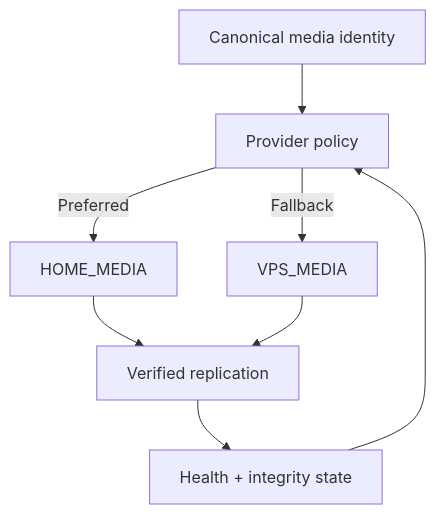
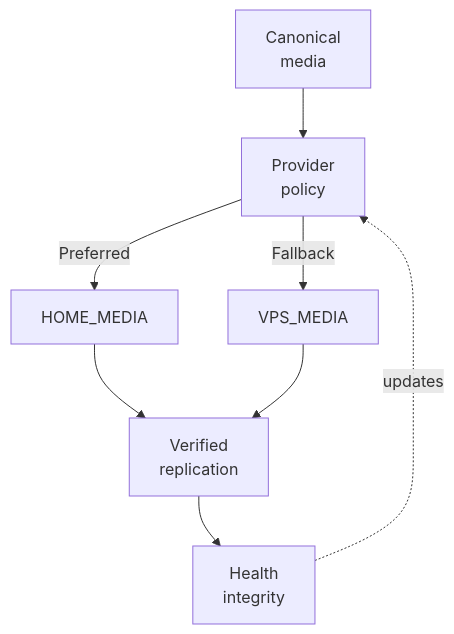
The third of 4 diagrams in MILLENOVA_PUBLIC_FACADE_IMPLEMENTATION_PLAN.md (wilderruiz/millenova-project), drawn with Mermaid before and after one commit. The commit also changed other lines of this file, not shown here.

Commit message:
docs: apply shared Mermaid graph guide to publication plan

````diff
--- a/MILLENOVA_PUBLIC_FACADE_IMPLEMENTATION_PLAN.md
+++ b/MILLENOVA_PUBLIC_FACADE_IMPLEMENTATION_PLAN.md
@@ -355,10 +359,10 @@
 ```mermaid
 flowchart TD
-    ID[Canonical media identity] --> POLICY[Provider policy]
-    POLICY -->|Preferred| HOME[HOME_MEDIA]
-    POLICY -->|Fallback| VPS[VPS_MEDIA]
-    HOME --> REP[Verified replication]
+    ID["Canonical<br/>media"] --> POLICY["Provider<br/>policy"]
+    POLICY -->|Preferred| HOME["HOME_MEDIA"]
+    POLICY -->|Fallback| VPS["VPS_MEDIA"]
+    HOME --> REP["Verified<br/>replication"]
     VPS --> REP
-    REP --> HEALTH[Health + integrity state]
-    HEALTH --> POLICY
+    REP --> HEALTH["Health<br/>integrity"]
+    HEALTH -.updates.-> POLICY
 ```
````
